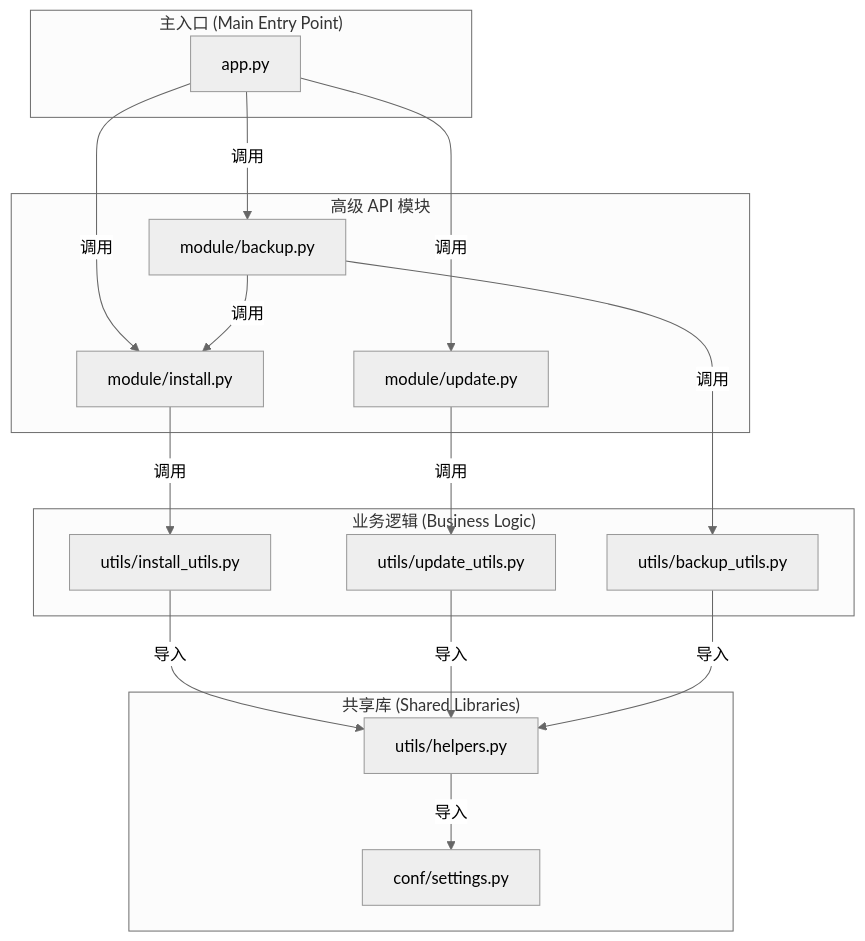
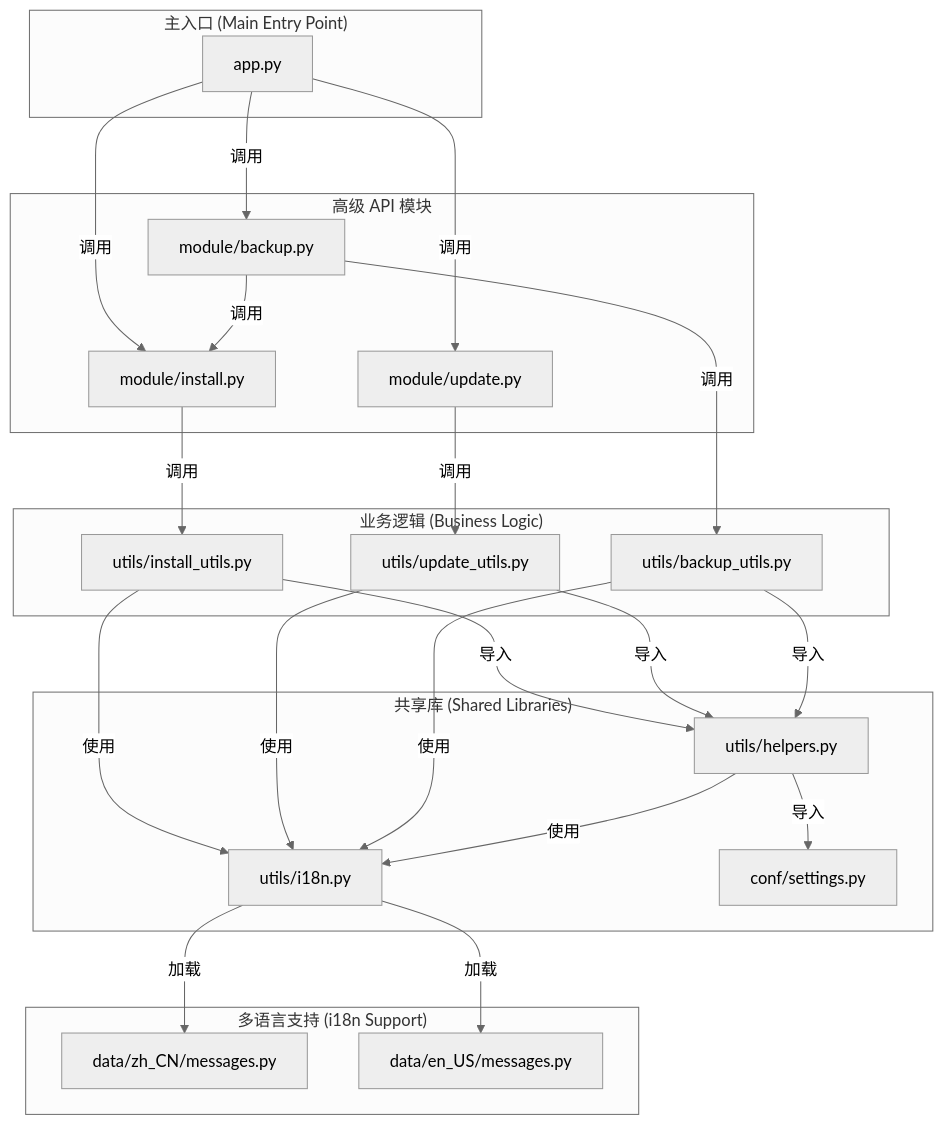
The diagram in doc/DEVELOP.md (greenhandzdl/nekro-agent-toolkit), drawn with Mermaid (neutral theme) before and after one commit. The commit also changed other lines of this file and 4 other files, not shown here.

````diff
--- a/doc/DEVELOP.md
+++ b/doc/DEVELOP.md
@@ -28,38 +32,52 @@
 ```mermaid
 graph TD
     subgraph "主入口 (Main Entry Point)"
         APP["app.py"];
     end
 
     subgraph "高级 API 模块"
         INSTALL["module/install.py"];
         UPDATE["module/update.py"];
         BACKUP["module/backup.py"];
     end
 
     subgraph "业务逻辑 (Business Logic)"
         INSTALL_UTILS["utils/install_utils.py"];
         UPDATE_UTILS["utils/update_utils.py"];
         BACKUP_UTILS["utils/backup_utils.py"];
     end
 
     subgraph "共享库 (Shared Libraries)"
         HELPERS["utils/helpers.py"];
+        I18N["utils/i18n.py"];
         CONF["conf/settings.py"];
+    end
+
+    subgraph "多语言支持 (i18n Support)"
+        ZH_CN["data/zh_CN/messages.py"];
+        EN_US["data/en_US/messages.py"];
     end
 
     APP -- 调用 --> INSTALL;
     APP -- 调用 --> UPDATE;
     APP -- 调用 --> BACKUP;
 
     INSTALL -- 调用 --> INSTALL_UTILS;
     UPDATE -- 调用 --> UPDATE_UTILS;
     BACKUP -- 调用 --> BACKUP_UTILS;
     BACKUP -- 调用 --> INSTALL;
     
     INSTALL_UTILS -- 导入 --> HELPERS;
     UPDATE_UTILS -- 导入 --> HELPERS;
     BACKUP_UTILS -- 导入 --> HELPERS;
+    
+    INSTALL_UTILS -- 使用 --> I18N;
+    UPDATE_UTILS -- 使用 --> I18N;
+    BACKUP_UTILS -- 使用 --> I18N;
+    HELPERS -- 使用 --> I18N;
 
     HELPERS -- 导入 --> CONF;
+    
+    I18N -- 加载 --> ZH_CN;
+    I18N -- 加载 --> EN_US;
 ```
````
